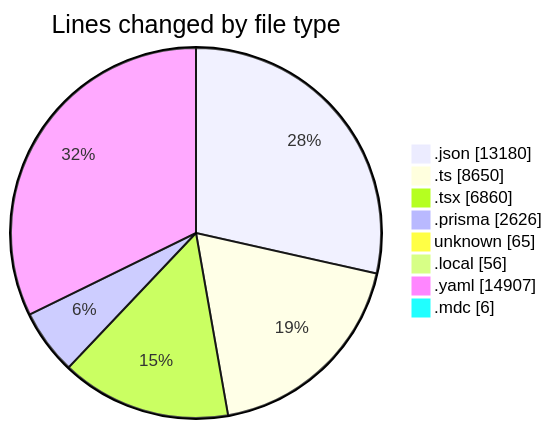
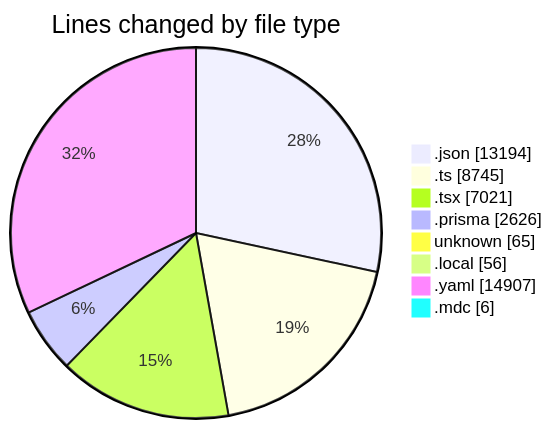
Before and after one commit to CELIANVF/code-tracking: the first of 2 diagrams in 2025-05-15/ecodeli-1/README.md, drawn with Mermaid. The commit also changed other lines of this file and 1 other file, not shown here.

````diff
--- a/2025-05-15/ecodeli-1/README.md
+++ b/2025-05-15/ecodeli-1/README.md
@@ -65,12 +67,12 @@
 ```mermaid
 pie showData
 title Lines changed by file type
-".json" : 13180
-".ts" : 8650
-".tsx" : 6860
+".json" : 13194
+".ts" : 8745
+".tsx" : 7021
 ".prisma" : 2626
 "unknown" : 65
 ".local" : 56
 ".yaml" : 14907
 ".mdc" : 6
 ```
````
